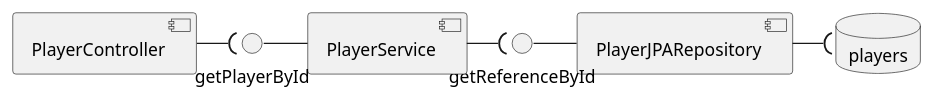
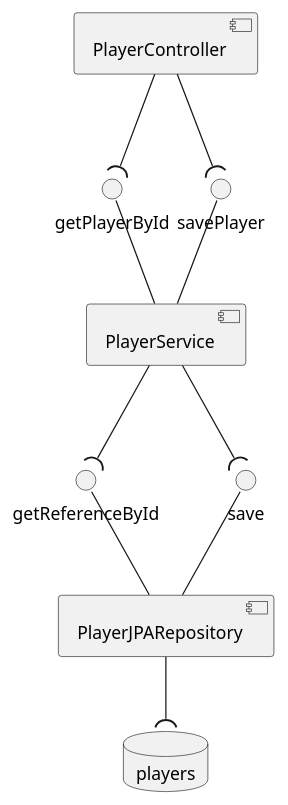
The diagram in docs/model/component.puml (114042-TOLEDO-BRUNO/Practica-Spring), drawn with PlantUML before and after one commit. The commit also changed 5 other files, not shown here.

Commit message:
PlayerController post y postman

```diff
--- a/docs/model/component.puml
+++ b/docs/model/component.puml
@@ -1,10 +1,17 @@
 @startuml
 database "players"
-[PlayerJPARepository] -("players"
-getReferenceById - [PlayerJPARepository]
-
-[PlayerService] -(getReferenceById
-getPlayerById - [PlayerService]
 
 [PlayerController] -(getPlayerById
+[PlayerController] --(savePlayer
+
+[PlayerService] --(getReferenceById
+[PlayerService] --(save
+getPlayerById --[PlayerService]
+savePlayer -- [PlayerService]
+
+[PlayerJPARepository] --("players"
+getReferenceById -- [PlayerJPARepository]
+save -- [PlayerJPARepository]
+
+
 @enduml
```
